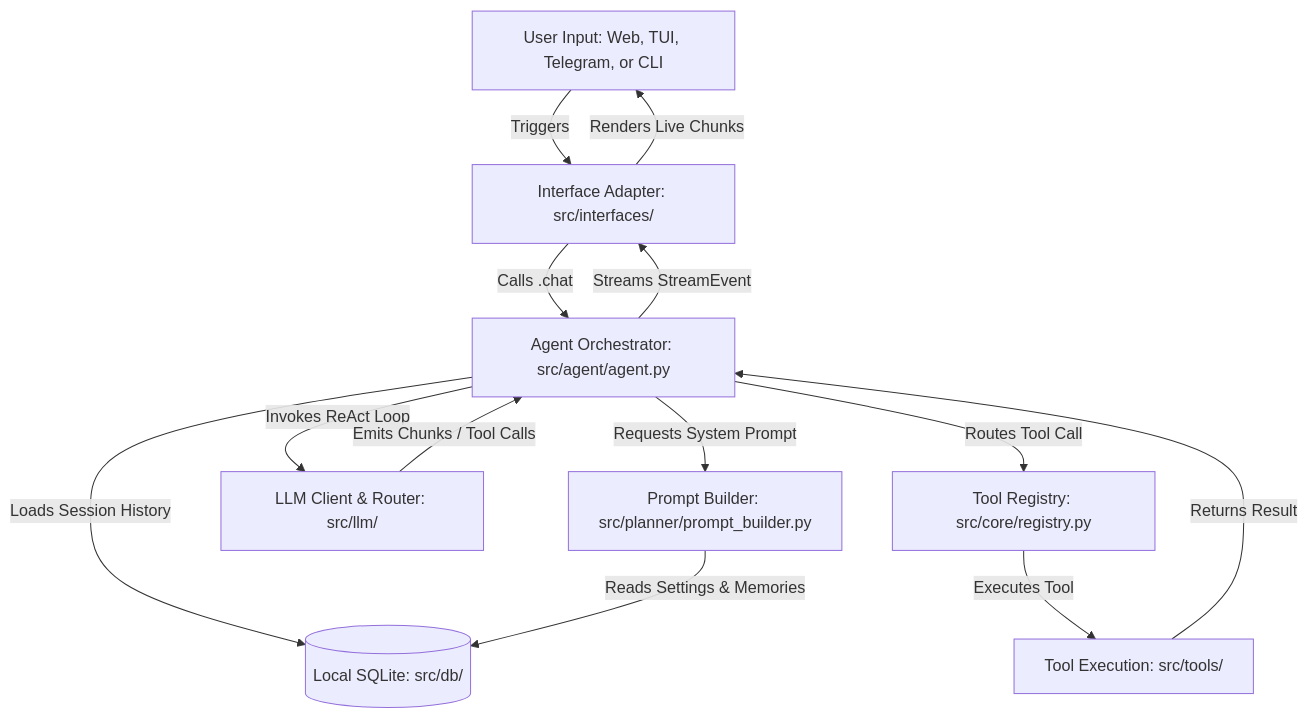
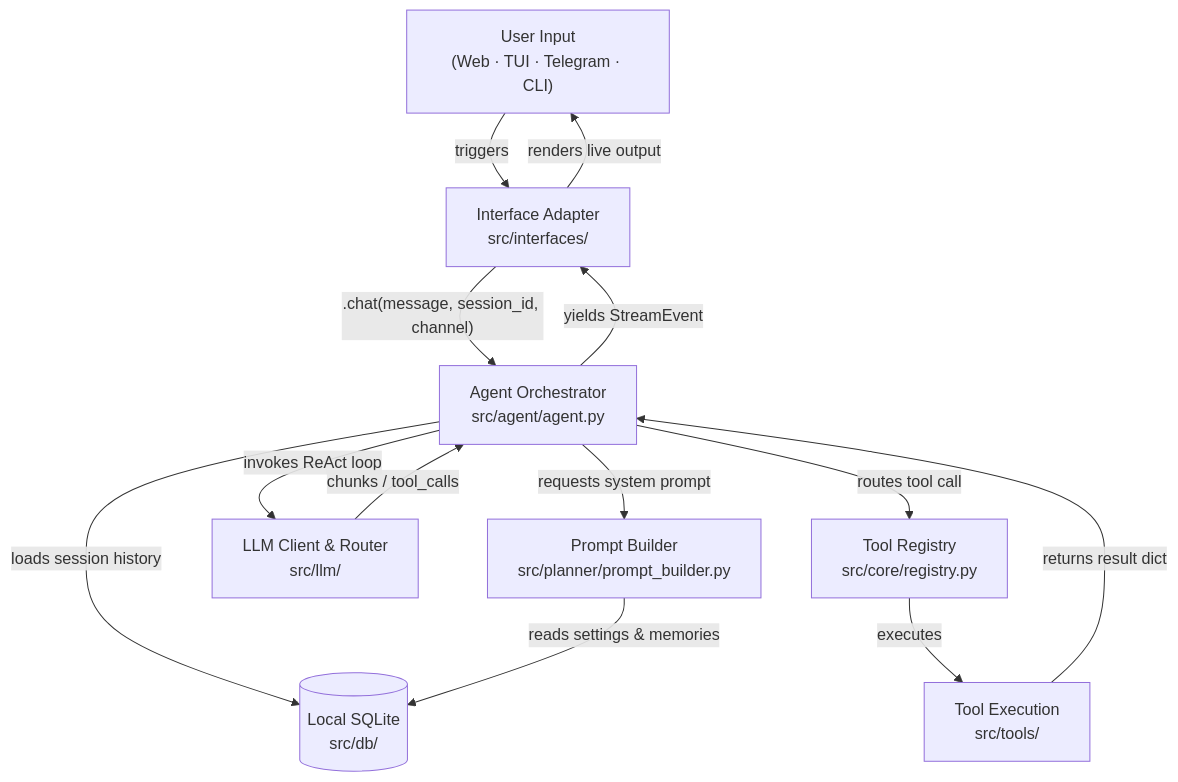
Before and after one commit to kayesFerdous/agens: the diagram in README.md, drawn with Mermaid. The commit also changed other lines of this file, not shown here.

Commit message:
style: update README to clarify project description, enhance installation instructions, and improve tool system overview

````diff
--- a/README.md
+++ b/README.md
@@ -41,24 +68,24 @@
 ```mermaid
 graph TD
-    Input[User Input: Web, TUI, Telegram, or CLI]
-    Adapter[Interface Adapter: src/interfaces/]
-    Agent[Agent Orchestrator: src/agent/agent.py]
-    DB[(Local SQLite: src/db/)]
-    PromptBuilder[Prompt Builder: src/planner/prompt_builder.py]
-    LLMClient[LLM Client & Router: src/llm/]
-    ToolRegistry[Tool Registry: src/core/registry.py]
-    Tools[Tool Execution: src/tools/]
+    Input["User Input<br/>(Web · TUI · Telegram · CLI)"]
+    Adapter["Interface Adapter<br/>src/interfaces/"]
+    Agent["Agent Orchestrator<br/>src/agent/agent.py"]
+    DB[("Local SQLite<br/>src/db/")]
+    PromptBuilder["Prompt Builder<br/>src/planner/prompt_builder.py"]
+    LLMClient["LLM Client & Router<br/>src/llm/"]
+    ToolRegistry["Tool Registry<br/>src/core/registry.py"]
+    Tools["Tool Execution<br/>src/tools/"]
 
-    Input -->|Triggers| Adapter
-    Adapter -->|Calls .chat| Agent
-    Agent -->|Loads Session History| DB
-    Agent -->|Requests System Prompt| PromptBuilder
-    PromptBuilder -->|Reads Settings & Memories| DB
-    Agent -->|Invokes ReAct Loop| LLMClient
-    LLMClient -->|Emits Chunks / Tool Calls| Agent
-    Agent -->|Routes Tool Call| ToolRegistry
-    ToolRegistry -->|Executes Tool| Tools
-    Tools -->|Returns Result| Agent
-    Agent -->|Streams StreamEvent| Adapter
-    Adapter -->|Renders Live Chunks| Input
+    Input -->|triggers| Adapter
+    Adapter -->|".chat(message, session_id, channel)"| Agent
+    Agent -->|loads session history| DB
+    Agent -->|requests system prompt| PromptBuilder
+    PromptBuilder -->|reads settings & memories| DB
+    Agent -->|invokes ReAct loop| LLMClient
+    LLMClient -->|"chunks / tool_calls"| Agent
+    Agent -->|routes tool call| ToolRegistry
+    ToolRegistry -->|executes| Tools
+    Tools -->|returns result dict| Agent
+    Agent -->|"yields StreamEvent"| Adapter
+    Adapter -->|renders live output| Input
 ```
````
